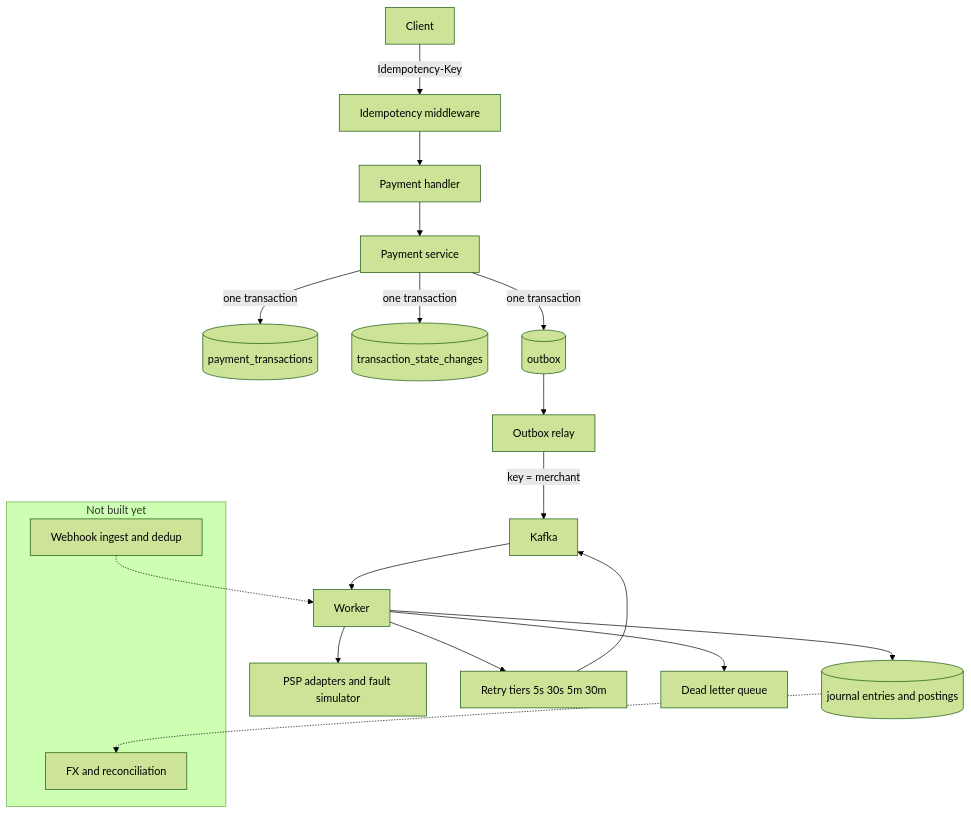
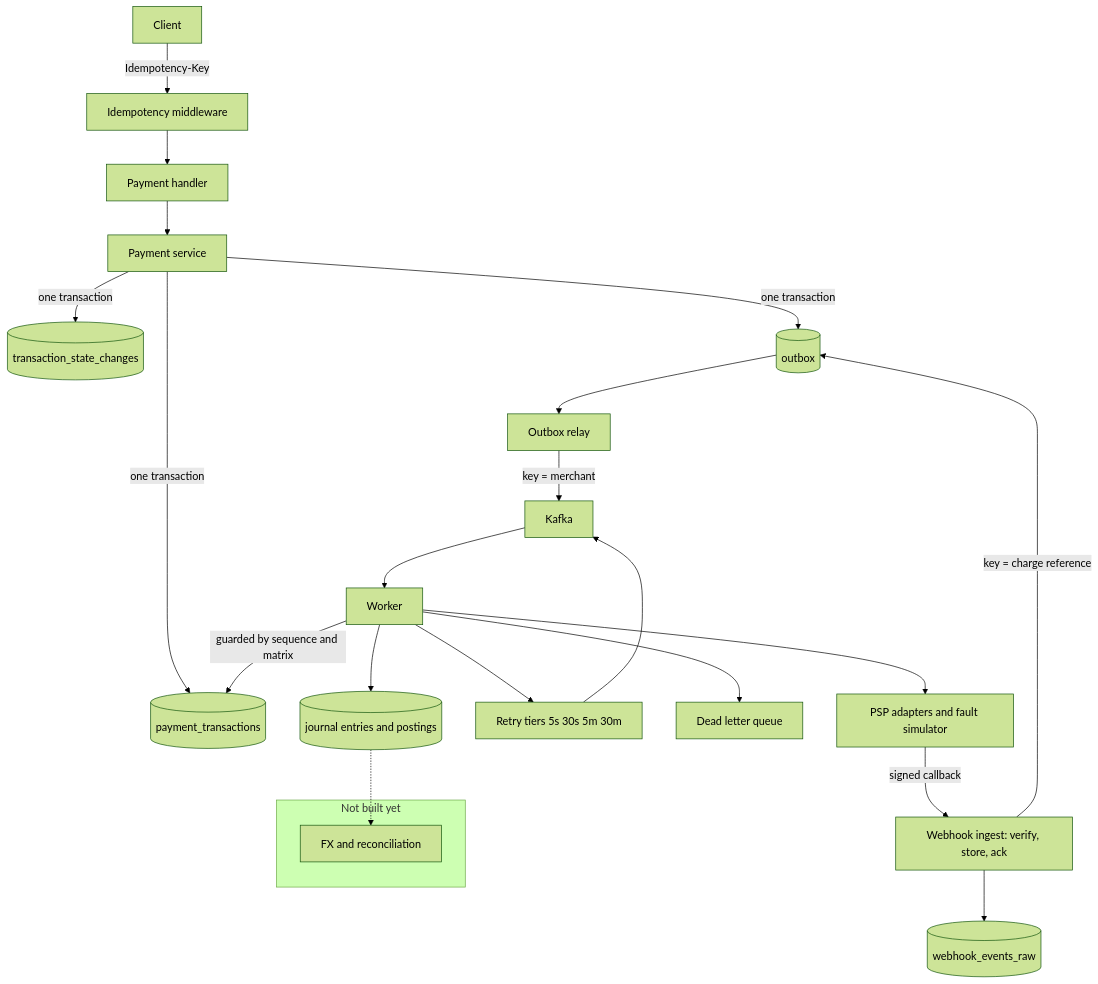
Before and after one commit to lqtrung-95/payment-orchestration: the diagram in README.md, drawn with Mermaid (forest theme). The commit also changed other lines of this file and 36 other files, not shown here.

````diff
--- a/README.md
+++ b/README.md
@@ -270,26 +357,29 @@
 ```mermaid
 flowchart TB
     Client -->|Idempotency-Key| MW[Idempotency middleware]
     MW --> H[Payment handler]
     H --> S[Payment service]
     S -->|one transaction| TX[(payment_transactions)]
     S -->|one transaction| AUD[(transaction_state_changes)]
     S -->|one transaction| OB[(outbox)]
 
     OB --> REL[Outbox relay]
     REL -->|key = merchant| K[Kafka]
     K --> W[Worker]
     W --> PSP[PSP adapters and fault simulator]
     W --> RT[Retry tiers 5s 30s 5m 30m]
     RT --> K
     W --> DLQ[Dead letter queue]
     W --> LG[(journal entries and postings)]
 
+    PSP -->|signed callback| WH[Webhook ingest: verify, store, ack]
+    WH --> RAW[(webhook_events_raw)]
+    WH -->|key = charge reference| OB
+    W -->|guarded by sequence and matrix| TX
+
     subgraph planned [Not built yet]
-        WH[Webhook ingest and dedup]
         REC[FX and reconciliation]
     end
 
-    WH -.-> W
     LG -.-> REC
 ```
````
